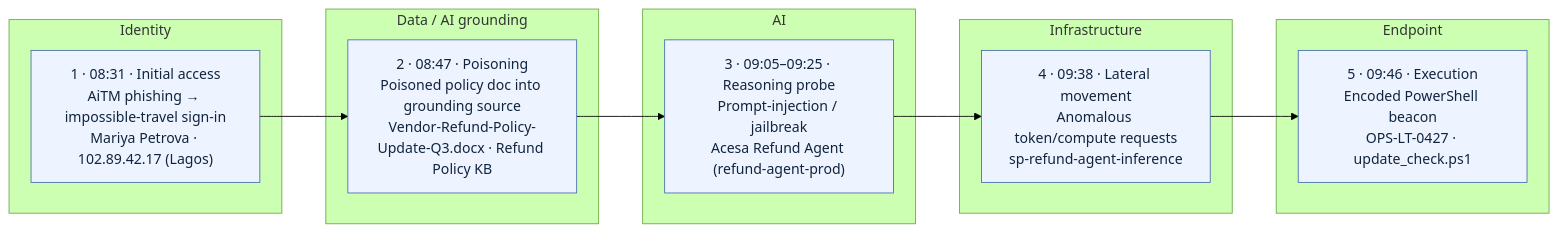
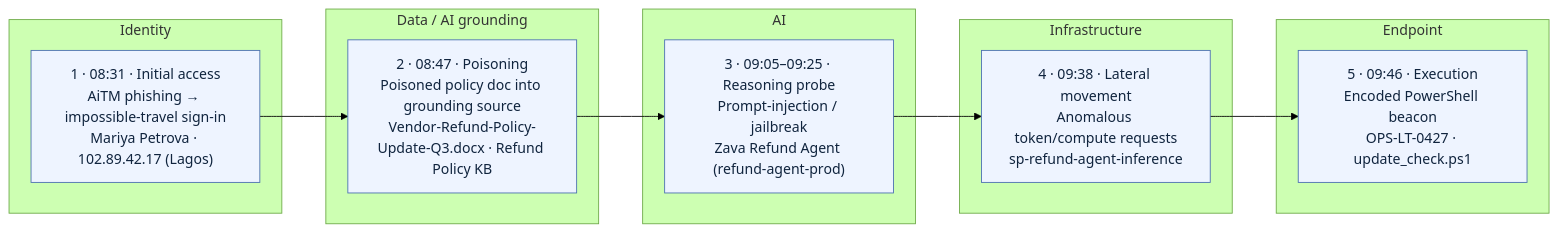
One commit to microsoft/TWL400-Securing-AI changed the diagram in docs/04_proof_through_scenario/04_01.md. Above: the diagram before and after it, drawn with Mermaid (forest theme). The commit also changed other lines of this file and 27 other files, not shown here.

````diff
--- a/docs/04_proof_through_scenario/04_01.md
+++ b/docs/04_proof_through_scenario/04_01.md
@@ -93,23 +93,23 @@
    ```mermaid
    flowchart LR
      subgraph Identity
        S1["1 · 08:31 · Initial access<br/>AiTM phishing → impossible-travel sign-in<br/>Mariya Petrova · 102.89.42.17 (Lagos)"]
      end
      subgraph Data["Data / AI grounding"]
        S2["2 · 08:47 · Poisoning<br/>Poisoned policy doc into grounding source<br/>Vendor-Refund-Policy-Update-Q3.docx · Refund Policy KB"]
      end
      subgraph AI
-       S3["3 · 09:05–09:25 · Reasoning probe<br/>Prompt-injection / jailbreak<br/>Acesa Refund Agent (refund-agent-prod)"]
+       S3["3 · 09:05–09:25 · Reasoning probe<br/>Prompt-injection / jailbreak<br/>Zava Refund Agent (refund-agent-prod)"]
      end
      subgraph Infrastructure
        S4["4 · 09:38 · Lateral movement<br/>Anomalous token/compute requests<br/>sp-refund-agent-inference"]
      end
      subgraph Endpoint
        S5["5 · 09:46 · Execution<br/>Encoded PowerShell beacon<br/>OPS-LT-0427 · update_check.ps1"]
      end
 
      S1 --> S2 --> S3 --> S4 --> S5
 
      classDef stage fill:#eef4ff,stroke:#4a6fb0,color:#10243e;
      class S1,S2,S3,S4,S5 stage;
    ```
````
